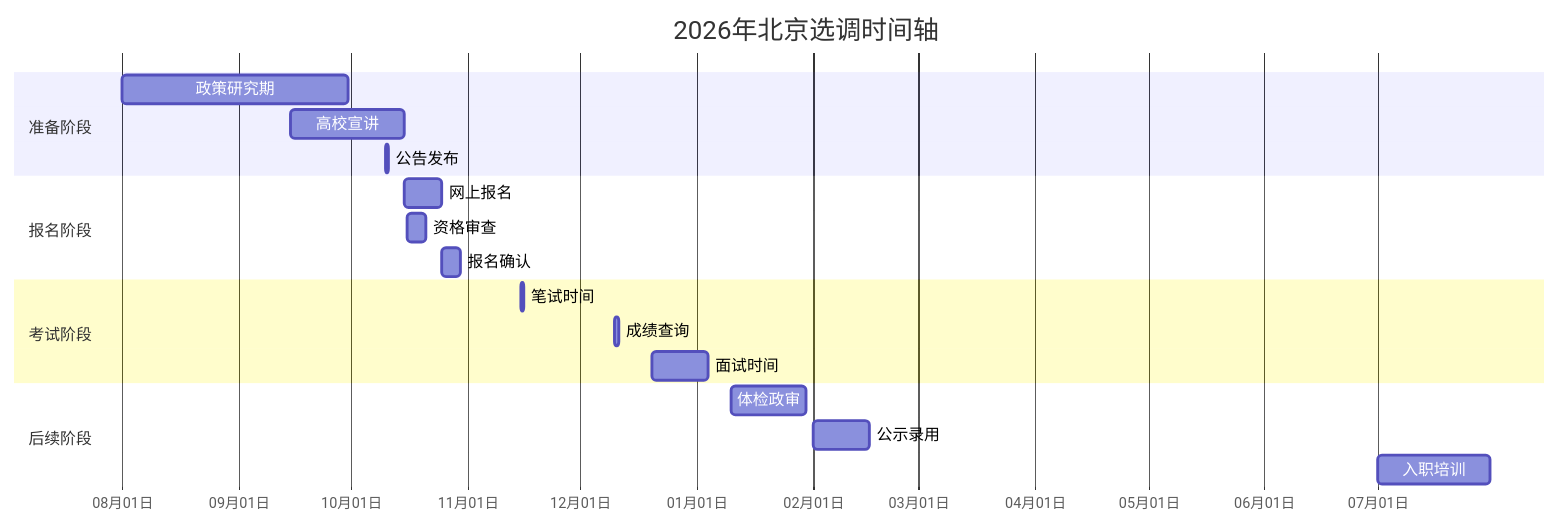
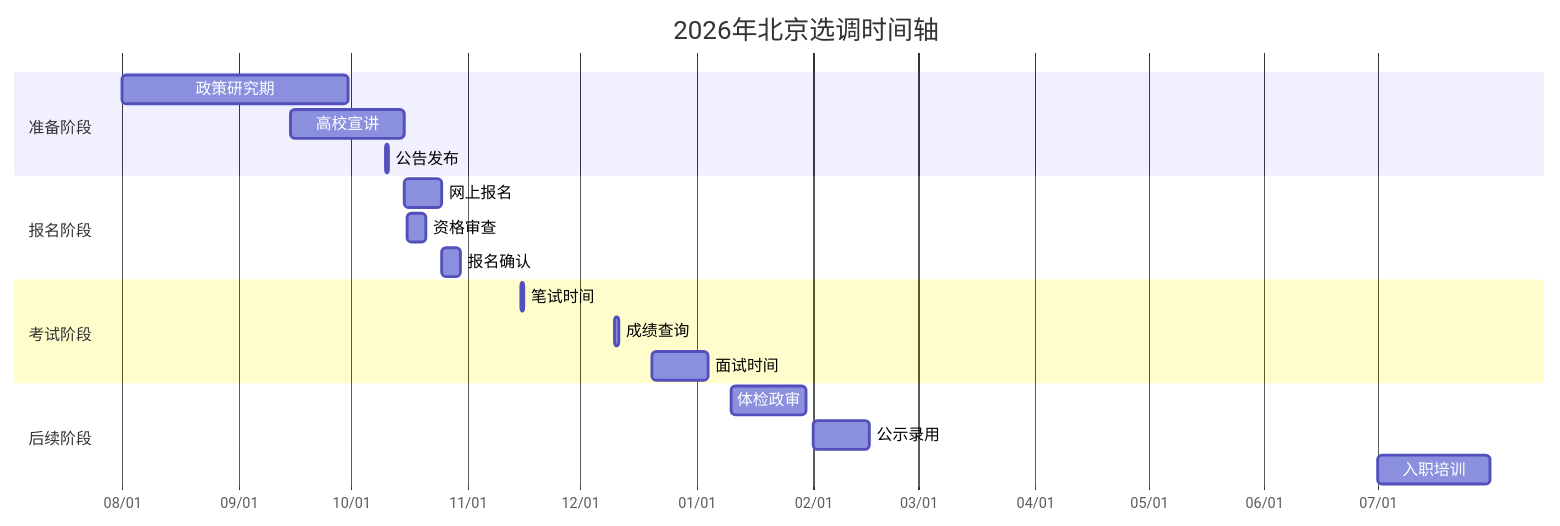
Before and after one commit to dsw676676/official: the diagram in 详细资料/各省详细资料/北京市-选调信息.md, drawn with Mermaid. The commit also changed 12 other files, not shown here.

Commit message:
fix: 添加mermaid支持

````diff
--- a/详细资料/各省详细资料/北京市-选调信息.md
+++ b/详细资料/各省详细资料/北京市-选调信息.md
@@ -48,26 +48,26 @@
 ```mermaid
 gantt
     title 2026年北京选调时间轴
     dateFormat YYYY-MM-DD
-    axisFormat %m月%d日
+    axisFormat %m/%d
     
     section 准备阶段
     政策研究期 : 2026-08-01, 60d
     高校宣讲 : 2026-09-15, 30d
     公告发布 : 2026-10-10, 1d
     
     section 报名阶段
     网上报名 : 2026-10-15, 10d
     资格审查 : 2026-10-16, 5d
     报名确认 : 2026-10-25, 5d
     
     section 考试阶段
     笔试时间 : 2026-11-15, 1d
     成绩查询 : 2026-12-10, 1d
     面试时间 : 2026-12-20, 15d
     
     section 后续阶段
     体检政审 : 2027-01-10, 20d
     公示录用 : 2027-02-01, 15d
     入职培训 : 2027-07-01, 30d
 ```
````
